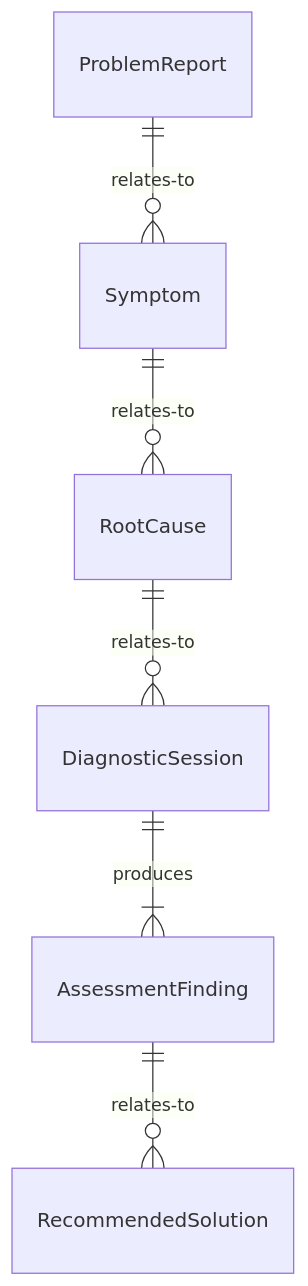
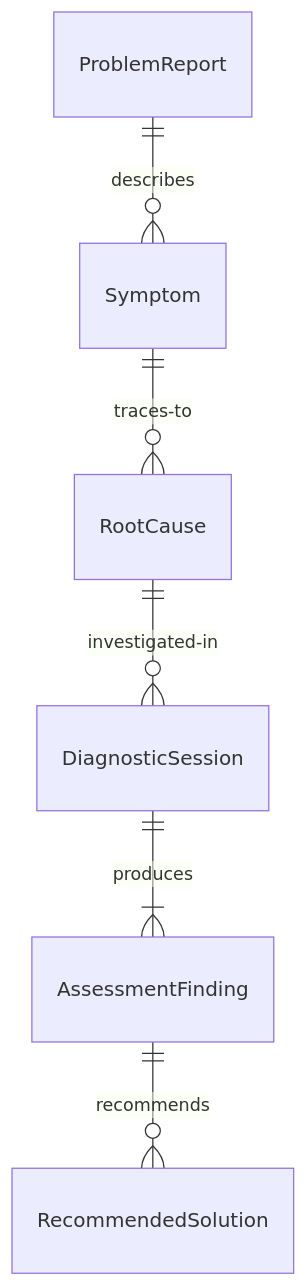
The first of 4 diagrams in CommunicatingWithSupervisorsPeersOrSubordinates/ConferWithClientsToDetermineNeedsOrOrderSpecifications/ConferCustomersUsersAssessProblems.mdx (dot-org-ai/tasks.org.ai), drawn with Mermaid before and after one commit. The commit also changed other lines of this file and 515 other files, not shown here.

````diff
--- a/CommunicatingWithSupervisorsPeersOrSubordinates/ConferWithClientsToDetermineNeedsOrOrderSpecifications/ConferCustomersUsersAssessProblems.mdx
+++ b/CommunicatingWithSupervisorsPeersOrSubordinates/ConferWithClientsToDetermineNeedsOrOrderSpecifications/ConferCustomersUsersAssessProblems.mdx
@@ -89,8 +89,8 @@
 ```mermaid
 erDiagram
-    ProblemReport ||--o{ Symptom : relates-to
-    Symptom ||--o{ RootCause : relates-to
-    RootCause ||--o{ DiagnosticSession : relates-to
+    ProblemReport ||--o{ Symptom : describes
+    Symptom ||--o{ RootCause : traces-to
+    RootCause ||--o{ DiagnosticSession : investigated-in
     DiagnosticSession ||--|{ AssessmentFinding : produces
-    AssessmentFinding ||--o{ RecommendedSolution : relates-to
+    AssessmentFinding ||--o{ RecommendedSolution : recommends
 ```
````
